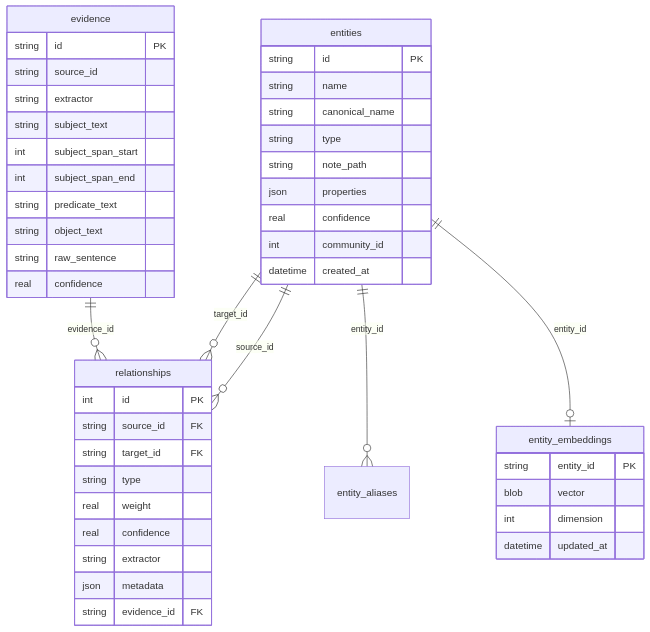
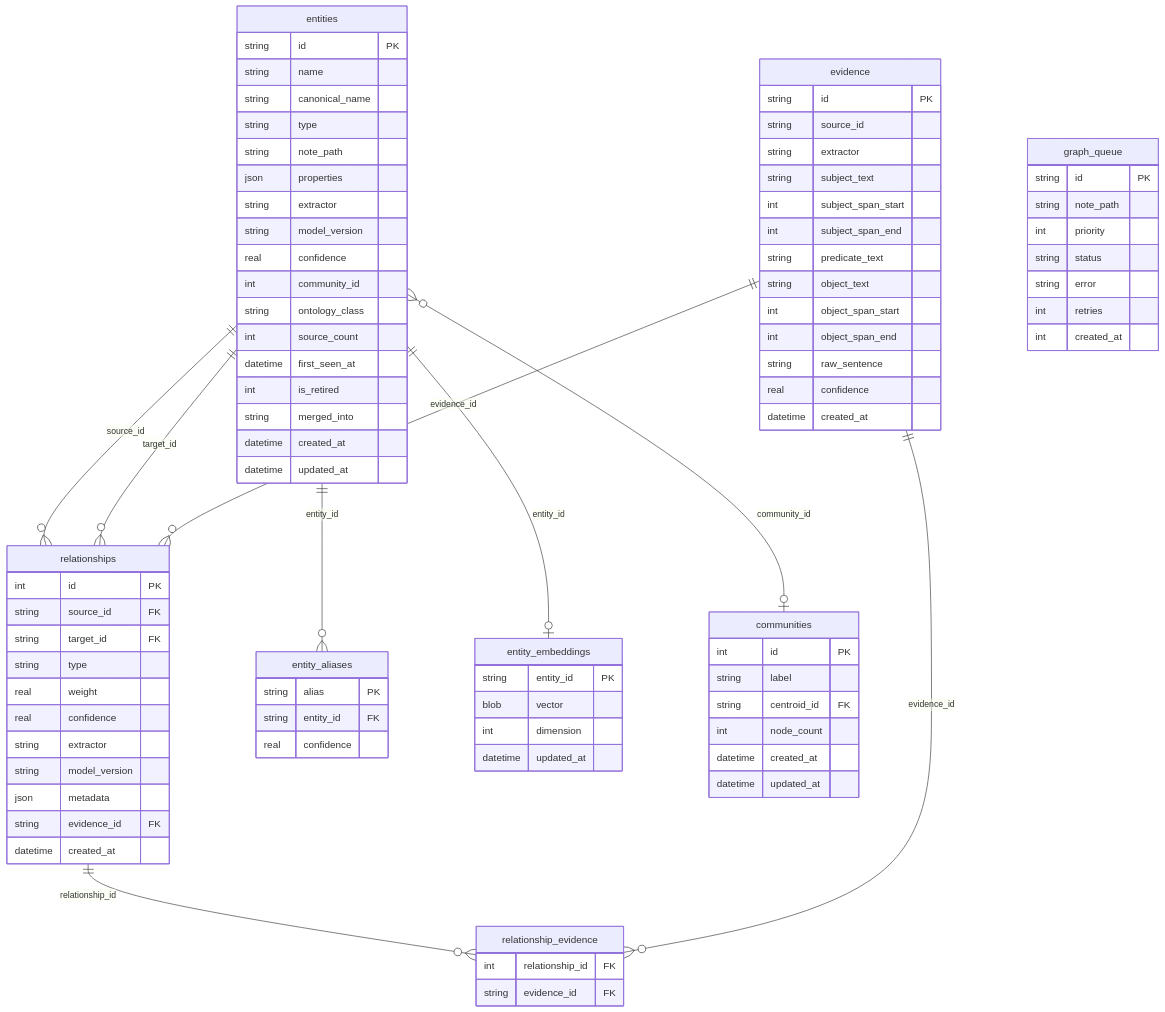
The fourth of 4 diagrams in docs/ai/knowledge-graph.md (TheNotelyApp/Notely), drawn with Mermaid before and after one commit. The commit also changed other lines of this file and 6 other files, not shown here.

````diff
--- a/docs/ai/knowledge-graph.md
+++ b/docs/ai/knowledge-graph.md
@@ -108,7 +137,10 @@
     entities ||--o{ entity_aliases : "entity_id"
     entities ||--o| entity_embeddings : "entity_id"
     evidence ||--o{ relationships : "evidence_id"
-    
+    relationships ||--o{ relationship_evidence : "relationship_id"
+    evidence ||--o{ relationship_evidence : "evidence_id"
+    entities }o--o| communities : "community_id"
+
     entities {
         string id PK
         string name
@@ -116,11 +148,19 @@
         string type
         string note_path
         json properties
+        string extractor
+        string model_version
         real confidence
         int community_id
+        string ontology_class
+        int source_count
+        datetime first_seen_at
+        int is_retired
+        string merged_into
         datetime created_at
+        datetime updated_at
     }
-    
+
     relationships {
         int id PK
         string source_id FK
@@ -129,17 +169,25 @@
         real weight
         real confidence
         string extractor
+        string model_version
         json metadata
         string evidence_id FK
+        datetime created_at
     }
-    
+
     entity_embeddings {
         string entity_id PK
         blob vector
         int dimension
         datetime updated_at
     }
-    
+
+    entity_aliases {
+        string alias PK
+        string entity_id FK
+        real confidence
+    }
+
     evidence {
         string id PK
         string source_id
@@ -149,7 +197,34 @@
         int subject_span_end
         string predicate_text
         string object_text
+        int object_span_start
+        int object_span_end
         string raw_sentence
         real confidence
+        datetime created_at
+    }
+
+    relationship_evidence {
+        int relationship_id FK
+        string evidence_id FK
+    }
+
+    communities {
+        int id PK
+        string label
+        string centroid_id FK
+        int node_count
+        datetime created_at
+        datetime updated_at
+    }
+
+    graph_queue {
+        string id PK
+        string note_path
+        int priority
+        string status
+        string error
+        int retries
+        int created_at
     }
 ```
````
